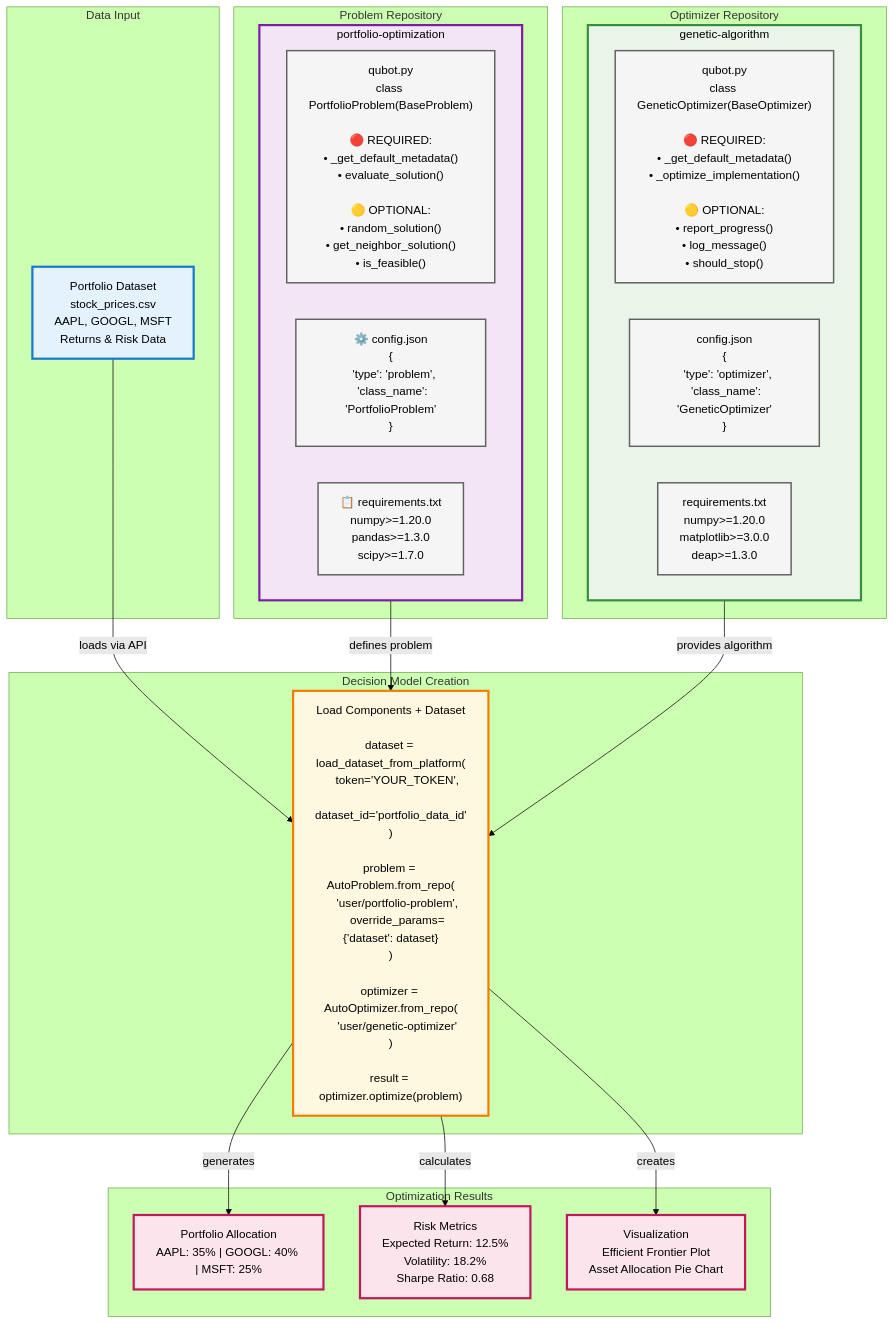
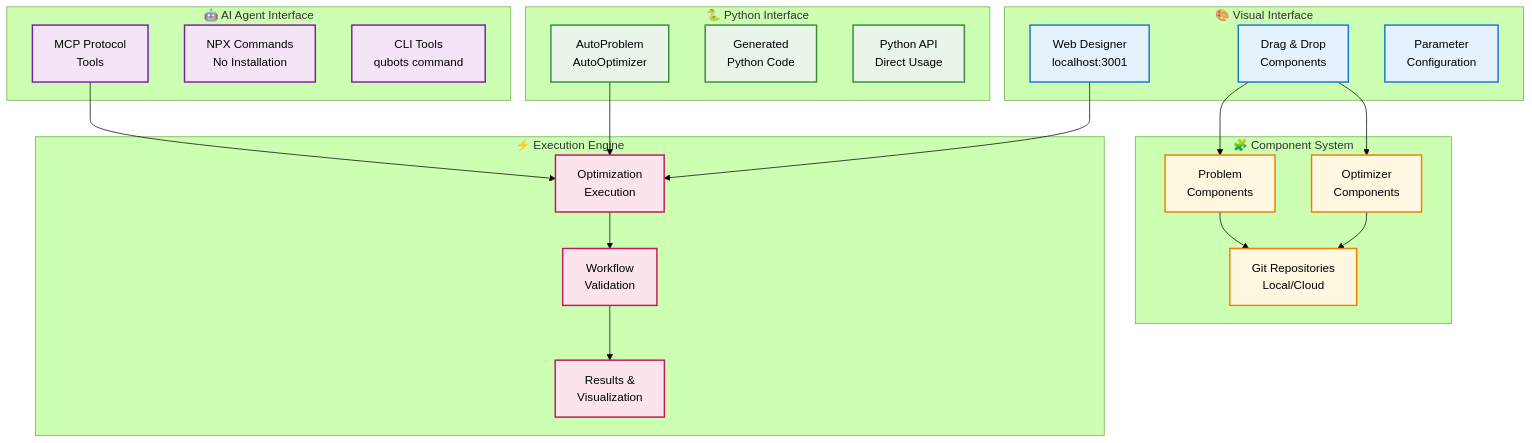
The diagram in README.md (leonidas1312/qubots), drawn with Mermaid (forest theme) before and after one commit. The commit also changed other lines of this file and 3 other files, not shown here.

````diff
--- a/README.md
+++ b/README.md
@@ -11,56 +23,57 @@
 ```mermaid
 graph TB
-    subgraph " Data Input"
-        D1[" Portfolio Dataset<br/> stock_prices.csv<br/> AAPL, GOOGL, MSFT<br/> Returns & Risk Data"]
+    subgraph "🎨 Visual Interface"
+        WEB[Web Designer<br/>localhost:3001]
+        DRAG[Drag & Drop<br/>Components]
+        PARAMS[Parameter<br/>Configuration]
     end
 
-    subgraph " Problem Repository"
-        subgraph PR1[" portfolio-optimization"]
-            PR1_Q[" qubot.py<br/>class PortfolioProblem(BaseProblem)<br/><br/>🔴 REQUIRED:<br/>• _get_default_metadata()<br/>• evaluate_solution()<br/><br/>🟡 OPTIONAL:<br/>• random_solution()<br/>• get_neighbor_solution()<br/>• is_feasible()"]
-            PR1_C["⚙️ config.json<br/>{<br/>  'type': 'problem',<br/>  'class_name': 'PortfolioProblem'<br/>}"]
-            PR1_R["📋 requirements.txt<br/>numpy>=1.20.0<br/>pandas>=1.3.0<br/>scipy>=1.7.0"]
-        end
+    subgraph "🤖 AI Agent Interface"
+        MCP[MCP Protocol<br/>Tools]
+        NPX[NPX Commands<br/>No Installation]
+        CLI[CLI Tools<br/>qubots command]
     end
 
-    subgraph " Optimizer Repository"
-        subgraph OR1[" genetic-algorithm"]
-            OR1_Q[" qubot.py<br/>class GeneticOptimizer(BaseOptimizer)<br/><br/>🔴 REQUIRED:<br/>• _get_default_metadata()<br/>• _optimize_implementation()<br/><br/>🟡 OPTIONAL:<br/>• report_progress()<br/>• log_message()<br/>• should_stop()"]
-            OR1_C[" config.json<br/>{<br/>  'type': 'optimizer',<br/>  'class_name': 'GeneticOptimizer'<br/>}"]
-            OR1_R[" requirements.txt<br/>numpy>=1.20.0<br/>matplotlib>=3.0.0<br/>deap>=1.3.0"]
-        end
+    subgraph "🐍 Python Interface"
+        AUTO[AutoProblem<br/>AutoOptimizer]
+        CODE[Generated<br/>Python Code]
+        API[Python API<br/>Direct Usage]
     end
 
-    subgraph " Decision Model Creation"
-        DM[" Load Components + Dataset<br/><br/>dataset = load_dataset_from_platform(<br/>    token='YOUR_TOKEN',<br/>    dataset_id='portfolio_data_id'<br/>)<br/><br/>problem = AutoProblem.from_repo(<br/>    'user/portfolio-problem',<br/>    override_params={'dataset': dataset}<br/>)<br/><br/>optimizer = AutoOptimizer.from_repo(<br/>    'user/genetic-optimizer'<br/>)<br/><br/>result = optimizer.optimize(problem)"]
+    subgraph "🧩 Component System"
+        PROB[Problem<br/>Components]
+        OPT[Optimizer<br/>Components]
+        REPO[Git Repositories<br/>Local/Cloud]
     end
 
-    subgraph " Optimization Results"
-        R1[" Portfolio Allocation<br/>AAPL: 35% | GOOGL: 40% | MSFT: 25%"]
-        R2[" Risk Metrics<br/>Expected Return: 12.5%<br/>Volatility: 18.2%<br/>Sharpe Ratio: 0.68"]
-        R3[" Visualization<br/>Efficient Frontier Plot<br/>Asset Allocation Pie Chart"]
+    subgraph "⚡ Execution Engine"
+        VALID[Workflow<br/>Validation]
+        EXEC[Optimization<br/>Execution]
+        RESULT[Results &<br/>Visualization]
     end
 
-    %% Connections with labels
-    D1 -->|"loads via API"| DM
-    PR1 -->|"defines problem"| DM
-    OR1 -->|"provides algorithm"| DM
+    WEB --> EXEC
+    MCP --> EXEC
+    AUTO --> EXEC
 
-    DM -->|"generates"| R1
-    DM -->|"calculates"| R2
-    DM -->|"creates"| R3
+    DRAG --> PROB
+    DRAG --> OPT
 
-    %% Styling
-    classDef dataStyle fill:#e3f2fd,stroke:#1976d2,stroke-width:3px,color:#000
-    classDef problemStyle fill:#f3e5f5,stroke:#7b1fa2,stroke-width:3px,color:#000
-    classDef optimizerStyle fill:#e8f5e8,stroke:#388e3c,stroke-width:3px,color:#000
-    classDef modelStyle fill:#fff8e1,stroke:#f57c00,stroke-width:3px,color:#000
-    classDef resultStyle fill:#fce4ec,stroke:#c2185b,stroke-width:3px,color:#000
-    classDef fileStyle fill:#f5f5f5,stroke:#616161,stroke-width:2px,color:#000
+    PROB --> REPO
+    OPT --> REPO
 
-    class D1 dataStyle
-    class PR1 problemStyle
-    class OR1 optimizerStyle
-    class DM modelStyle
-    class R1,R2,R3 resultStyle
-    class PR1_Q,PR1_C,PR1_R,OR1_Q,OR1_C,OR1_R fileStyle
+    EXEC --> VALID
+    VALID --> RESULT
+
+    classDef webStyle fill:#e3f2fd,stroke:#1976d2,stroke-width:2px
+    classDef aiStyle fill:#f3e5f5,stroke:#7b1fa2,stroke-width:2px
+    classDef pythonStyle fill:#e8f5e8,stroke:#388e3c,stroke-width:2px
+    classDef componentStyle fill:#fff8e1,stroke:#f57c00,stroke-width:2px
+    classDef engineStyle fill:#fce4ec,stroke:#c2185b,stroke-width:2px
+
+    class WEB,DRAG,PARAMS webStyle
+    class MCP,NPX,CLI aiStyle
+    class AUTO,CODE,API pythonStyle
+    class PROB,OPT,REPO componentStyle
+    class VALID,EXEC,RESULT engineStyle
 ```
````
